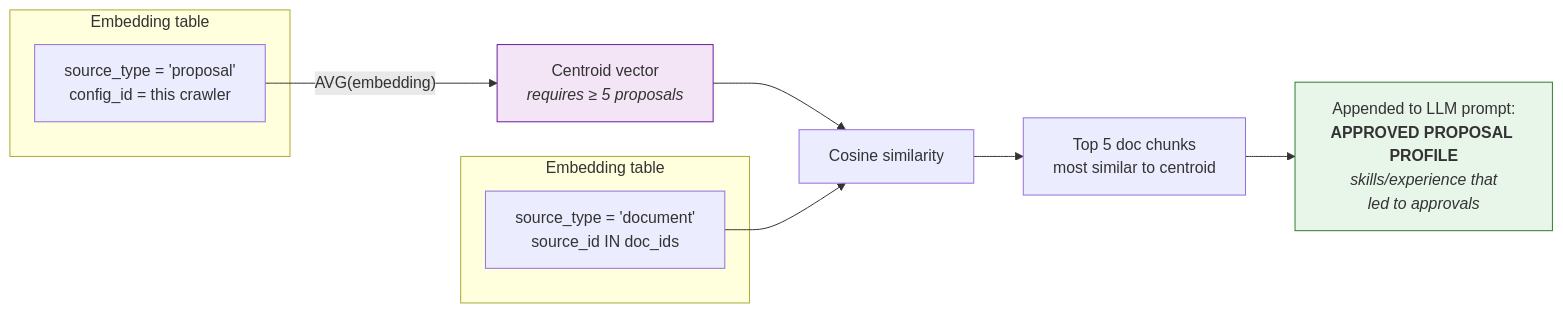
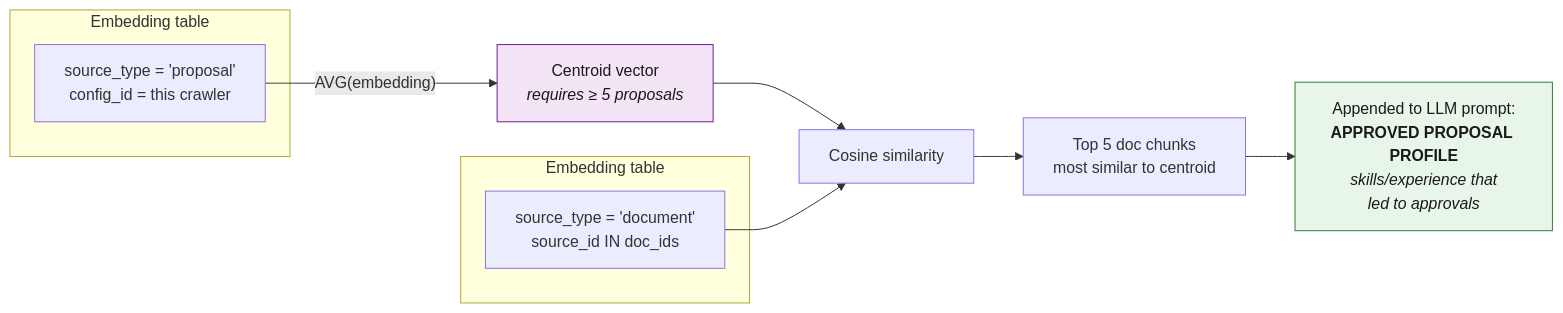
The seventh of 10 diagrams in README.md (hubenschmidt/pina-colada), drawn with Mermaid before and after one commit. The commit also changed other lines of this file, not shown here.

Commit message:
update mermaid graph

````diff
--- a/README.md
+++ b/README.md
@@ -300,21 +300,21 @@
 ```mermaid
 flowchart LR
     subgraph PROPOSALS["Embedding table"]
         PE["source_type = 'proposal'<br/>config_id = this crawler"]
     end
 
     PE -->|"AVG(embedding)"| CENT["Centroid vector<br/><i>requires ≥ 5 proposals</i>"]
 
     subgraph DOCUMENTS["Embedding table"]
         DE["source_type = 'document'<br/>source_id IN doc_ids"]
     end
 
     CENT --> SIM["Cosine similarity"]
     DE --> SIM
 
     SIM --> TOP5["Top 5 doc chunks<br/>most similar to centroid"]
     TOP5 --> CTX["Appended to LLM prompt:<br/><b>APPROVED PROPOSAL PROFILE</b><br/><i>skills/experience that<br/>led to approvals</i>"]
 
-    style CENT fill:#f3e5f5,stroke:#6a1b9a
-    style CTX fill:#e8f5e9,stroke:#2e7d32
+    style CENT fill:#f3e5f5,stroke:#6a1b9a,color:#1a1a1a
+    style CTX fill:#e8f5e9,stroke:#2e7d32,color:#1a1a1a
 ```
````
